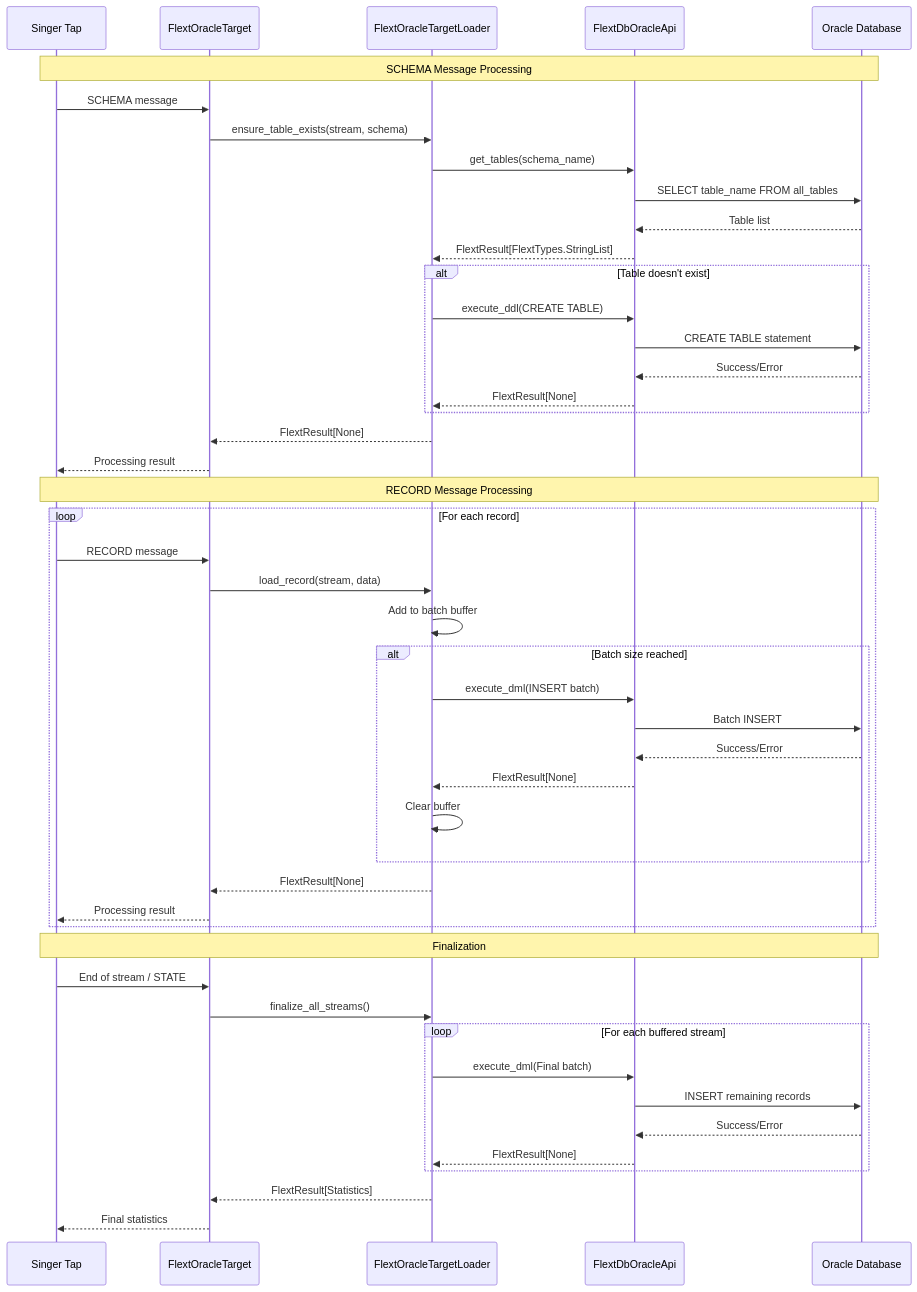
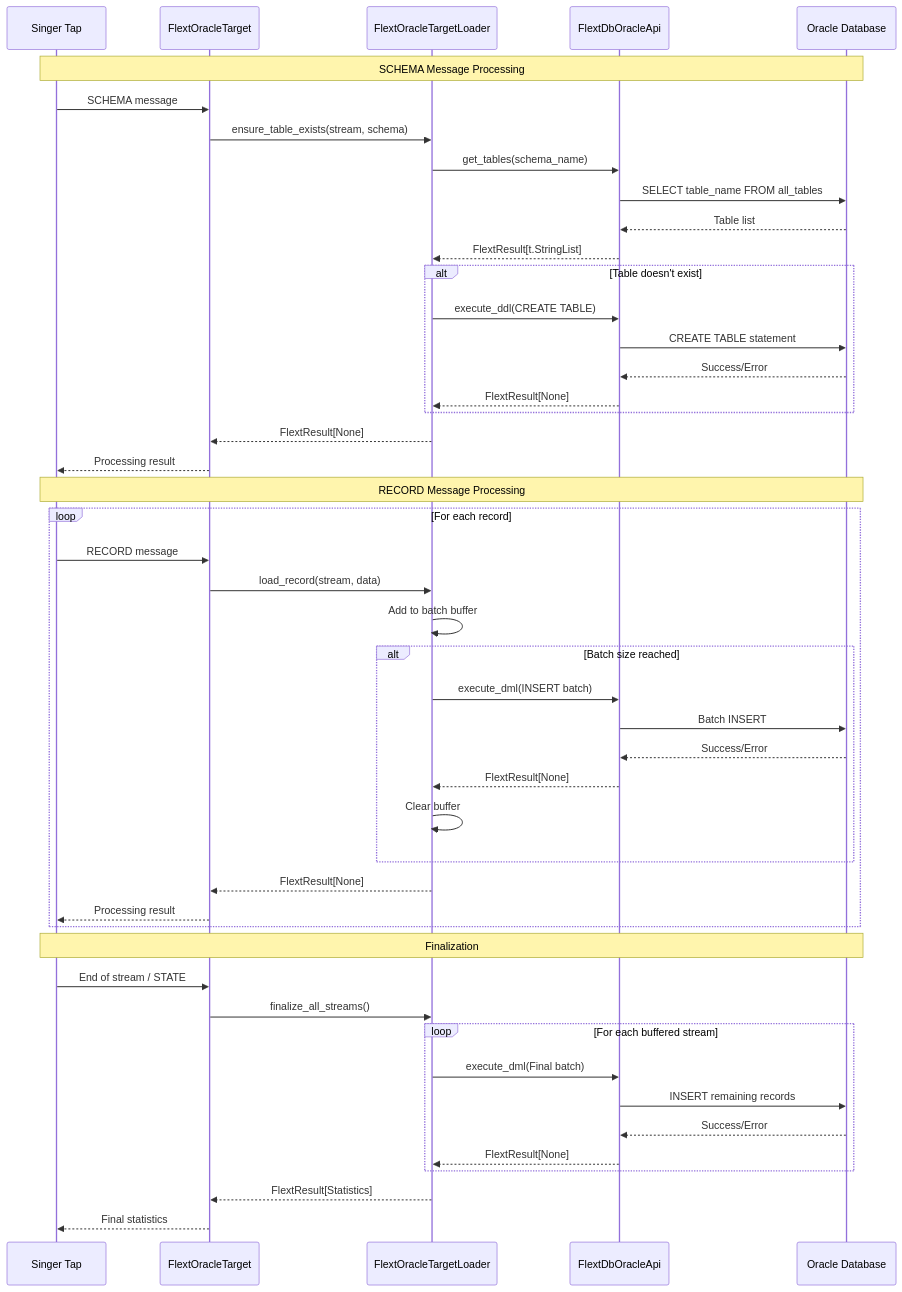
Before and after one commit to flext-sh/flext-target-oracle: the first of 3 diagrams in docs/architecture.md, drawn with Mermaid. The commit also changed other lines of this file and 10 other files, not shown here.

````diff
--- a/docs/architecture.md
+++ b/docs/architecture.md
@@ -185,58 +185,58 @@
 ```mermaid
 sequenceDiagram
     participant ST as Singer Tap
     participant FT as FlextOracleTarget
     participant FL as FlextOracleTargetLoader
     participant API as FlextDbOracleApi
     participant DB as Oracle Database
 
     Note over ST,DB: SCHEMA Message Processing
     ST->>FT: SCHEMA message
     FT->>FL: ensure_table_exists(stream, schema)
     FL->>API: get_tables(schema_name)
     API->>DB: SELECT table_name FROM all_tables
     DB-->>API: Table list
-    API-->>FL: FlextResult[FlextTypes.StringList]
+    API-->>FL: FlextResult[t.StringList]
 
     alt Table doesn't exist
         FL->>API: execute_ddl(CREATE TABLE)
         API->>DB: CREATE TABLE statement
         DB-->>API: Success/Error
         API-->>FL: FlextResult[None]
     end
 
     FL-->>FT: FlextResult[None]
     FT-->>ST: Processing result
 
     Note over ST,DB: RECORD Message Processing
     loop For each record
         ST->>FT: RECORD message
         FT->>FL: load_record(stream, data)
         FL->>FL: Add to batch buffer
 
         alt Batch size reached
             FL->>API: execute_dml(INSERT batch)
             API->>DB: Batch INSERT
             DB-->>API: Success/Error
             API-->>FL: FlextResult[None]
             FL->>FL: Clear buffer
         end
 
         FL-->>FT: FlextResult[None]
         FT-->>ST: Processing result
     end
 
     Note over ST,DB: Finalization
     ST->>FT: End of stream / STATE
     FT->>FL: finalize_all_streams()
 
     loop For each buffered stream
         FL->>API: execute_dml(Final batch)
         API->>DB: INSERT remaining records
         DB-->>API: Success/Error
         API-->>FL: FlextResult[None]
     end
 
     FL-->>FT: FlextResult[Statistics]
     FT-->>ST: Final statistics
 ```
````
